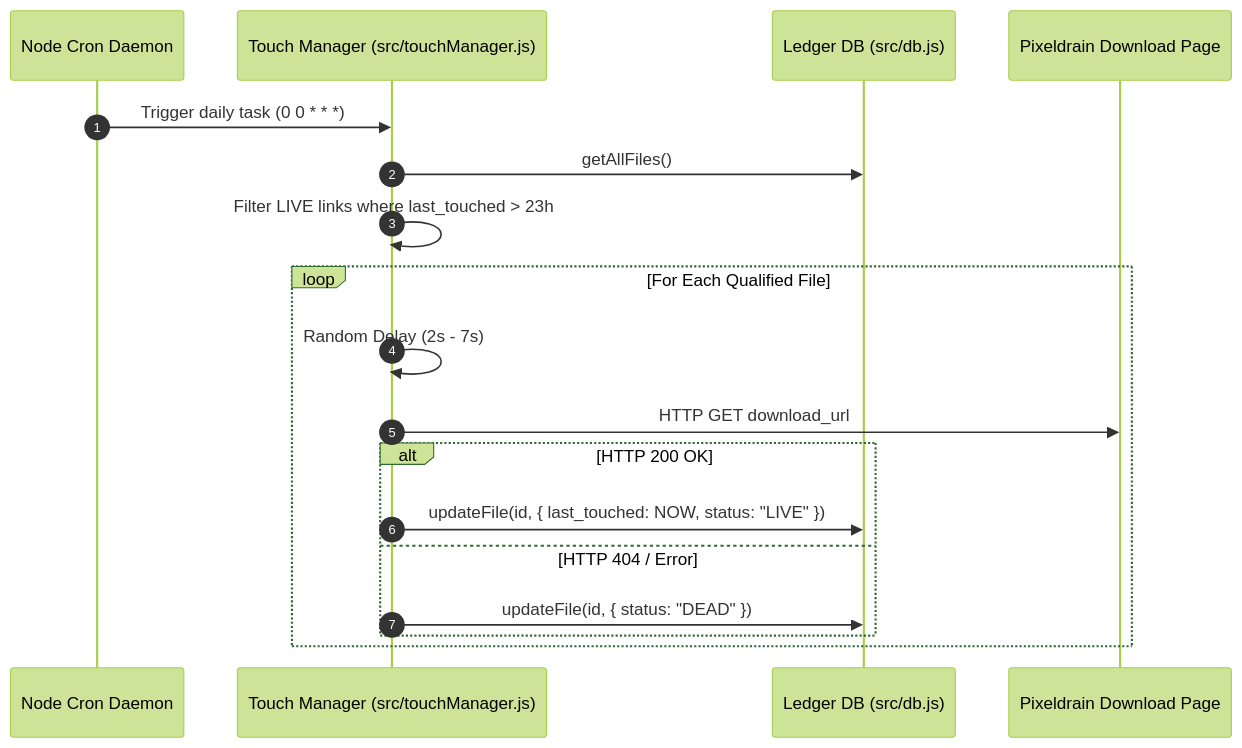
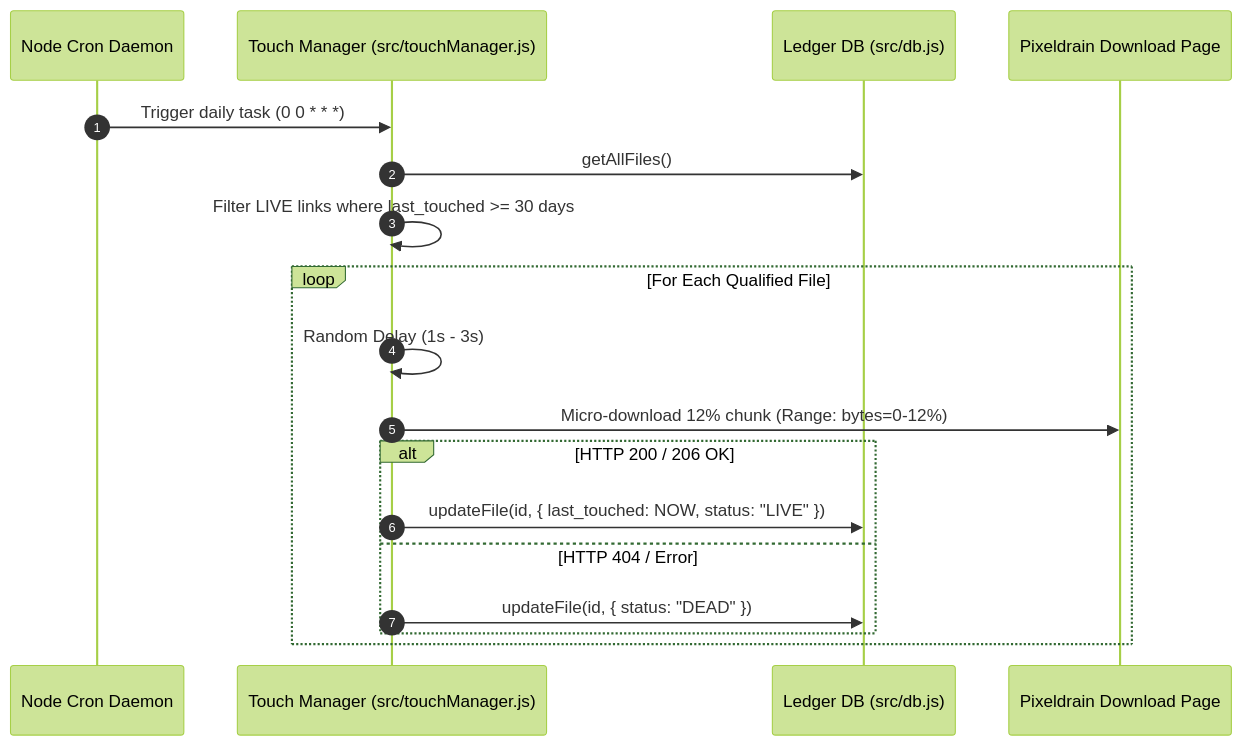
One commit to manstwn/aria2c-pixeldrain changed the third of 3 diagrams in knowledge.md. Above: the diagram before and after it, drawn with Mermaid (forest theme). The commit also changed 3 other files, not shown here.

Commit message:
feat: focus TouchManager on last_touched and touch only every 30 days

````diff
--- a/knowledge.md
+++ b/knowledge.md
@@ -93,21 +93,21 @@
 ```mermaid
 sequenceDiagram
     autonumber
     participant Cron as Node Cron Daemon
     participant Touch as Touch Manager (src/touchManager.js)
     participant DB as Ledger DB (src/db.js)
     participant Remote as Pixeldrain Download Page
 
     Cron->>Touch: Trigger daily task (0 0 * * *)
     Touch->>DB: getAllFiles()
-    Touch->>Touch: Filter LIVE links where last_touched > 23h
+    Touch->>Touch: Filter LIVE links where last_touched >= 30 days
     loop For Each Qualified File
-        Touch->>Touch: Random Delay (2s - 7s)
-        Touch->>Remote: HTTP GET download_url
-        alt HTTP 200 OK
+        Touch->>Touch: Random Delay (1s - 3s)
+        Touch->>Remote: Micro-download 12% chunk (Range: bytes=0-12%)
+        alt HTTP 200 / 206 OK
             Touch->>DB: updateFile(id, { last_touched: NOW, status: "LIVE" })
         else HTTP 404 / Error
             Touch->>DB: updateFile(id, { status: "DEAD" })
         end
     end
 ```
````
